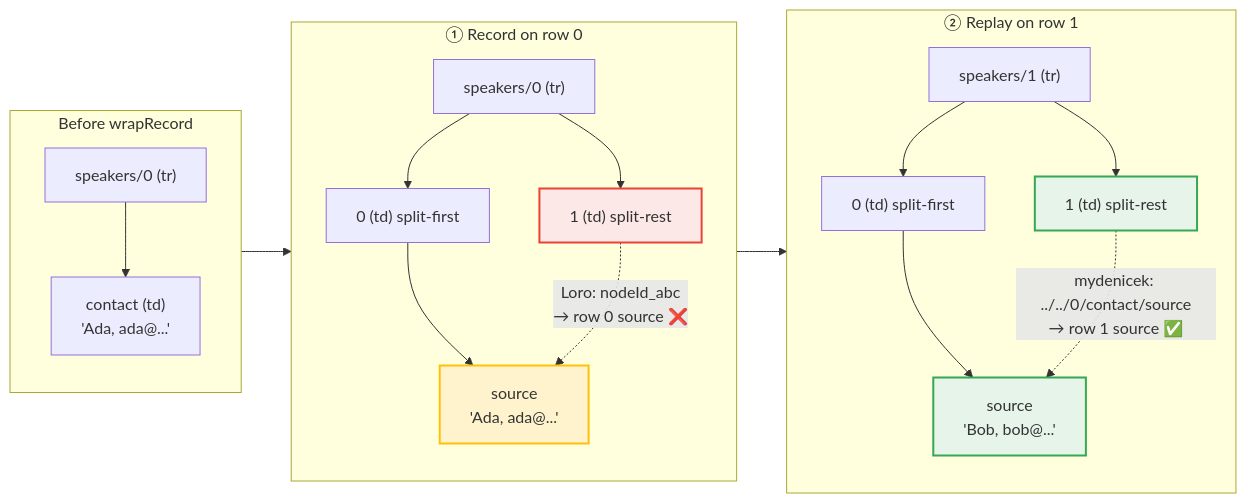
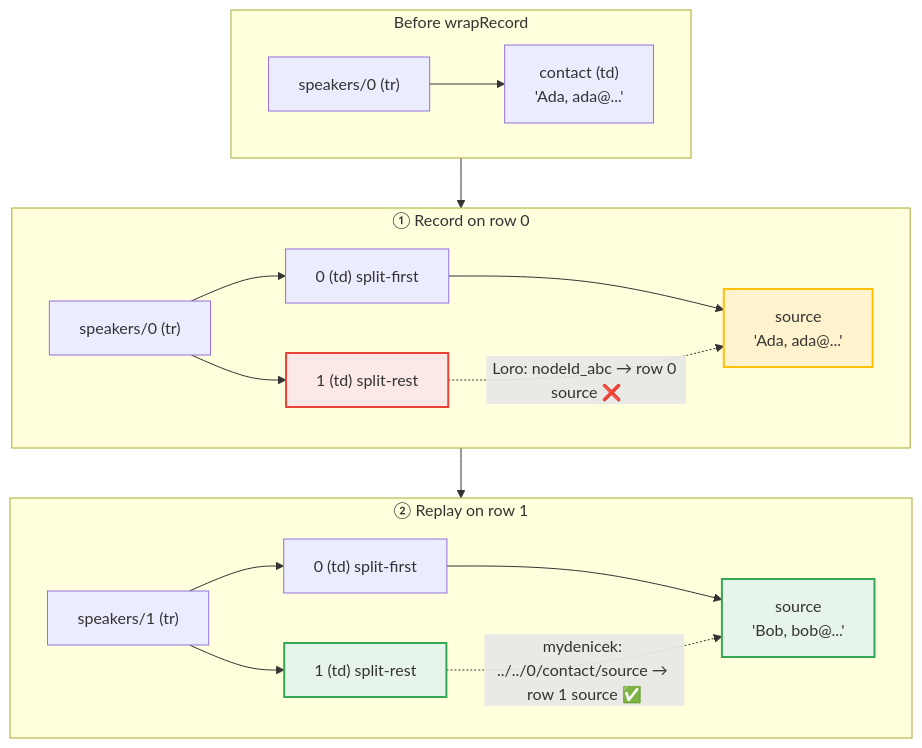
Before and after one commit to krsion/master-thesis: the diagram in img/retargeting.mmd, drawn with Mermaid. The commit also changed 1 other file, not shown here.

Commit message:
Make retargeting diagram vertical for better readability

```diff
--- a/img/retargeting.mmd
+++ b/img/retargeting.mmd
@@ -1,39 +1,39 @@
-graph LR
+graph TB
     subgraph before["Before wrapRecord"]
-        direction TB
+        direction LR
         B0["speakers/0 (tr)"]
         B0C["contact (td)<br/>'Ada, ada@...'"]
         B0 --> B0C
     end
 
     subgraph record["① Record on row 0"]
-        direction TB
+        direction LR
         R0["speakers/0 (tr)"]
         R0a["0 (td) split-first"]
         R0s["source<br/>'Ada, ada@...'"]
         R0b["1 (td) split-rest"]
         R0 --> R0a
         R0a --> R0s
         R0 --> R0b
     end
 
     subgraph replay["② Replay on row 1"]
-        direction TB
+        direction LR
         R1["speakers/1 (tr)"]
         R1a["0 (td) split-first"]
         R1s["source<br/>'Bob, bob@...'"]
         R1b["1 (td) split-rest"]
         R1 --> R1a
         R1a --> R1s
         R1 --> R1b
     end
 
     before --> record --> replay
 
-    R0b -. "Loro: nodeId_abc<br/>→ row 0 source ❌" .-> R0s
-    R1b -. "mydenicek: ../../0/contact/source<br/>→ row 1 source ✅" .-> R1s
+    R0b -. "Loro: nodeId_abc → row 0 source ❌" .-> R0s
+    R1b -. "mydenicek: ../../0/contact/source → row 1 source ✅" .-> R1s
 
     style R0b fill:#fce8e6,stroke:#ea4335,stroke-width:2px
     style R1b fill:#e6f4ea,stroke:#34a853,stroke-width:2px
     style R0s fill:#fff3cd,stroke:#ffc107,stroke-width:2px
     style R1s fill:#e6f4ea,stroke:#34a853,stroke-width:2px
```
